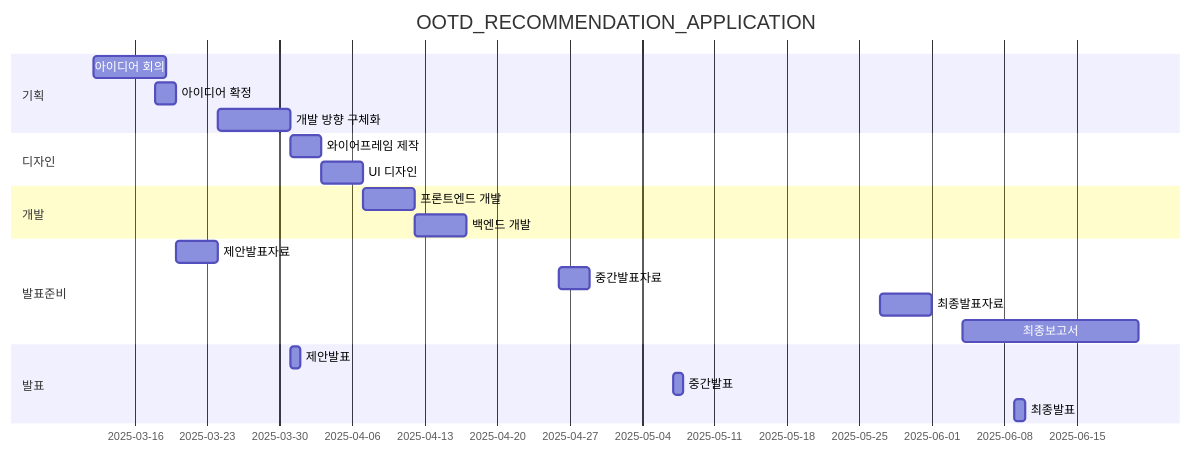
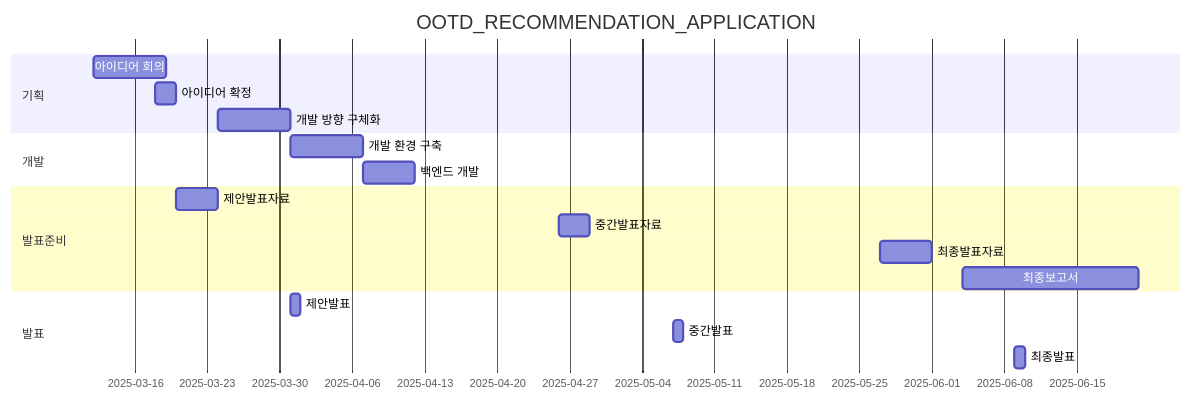
The diagram in project-plan.md (Introduction-to-Engineering-Design-13/LOR), drawn with Mermaid before and after one commit.

````diff
--- a/project-plan.md
+++ b/project-plan.md
@@ -1,31 +1,27 @@
 ```mermaid
 gantt
     title OOTD_RECOMMENDATION_APPLICATION
 
     dateFormat  YYYY-MM-DD
 
     section 기획
     아이디어 회의      :a1, 2025-03-12, 7d
     아이디어 확정      :a2, 2025-03-18, 2d
     개발 방향 구체화    :a3, after d1, 7d
-
-    section 디자인
-    와이어프레임 제작   :b1, after a3, 3d
-    UI 디자인           :b2, after b1, 4d
     
     section 개발
-    프론트엔드 개발     :c1, after b2, 5d
+    개발 환경 구축     :c1, after a3, 7d
     백엔드 개발         :c2, after c1, 5d
 
     section 발표준비
     제안발표자료        :d1,    after a2,      4d
     중간발표자료        :d2,    2025-04-26,    3d
     최종발표자료        :d3,    2025-05-27,    5d
     최종보고서          :d4,    2025-06-04,    17d
 
     section 발표
     제안발표            :e1,    2025-03-31,    1d 
     중간발표            :e2,    2025-05-07,    1d
     최종발표            :e3,    2025-06-09,    1d
 
 ```
````
